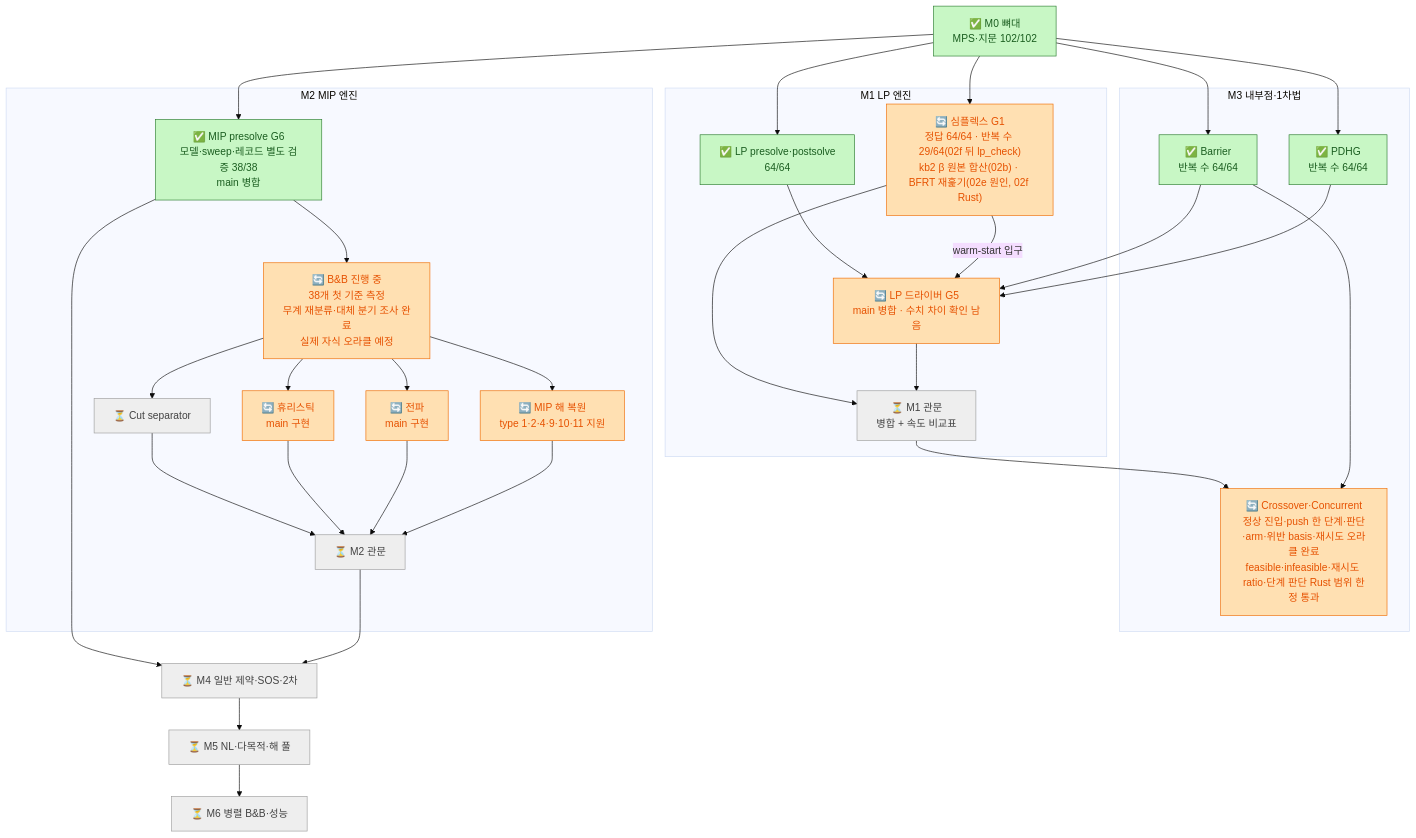
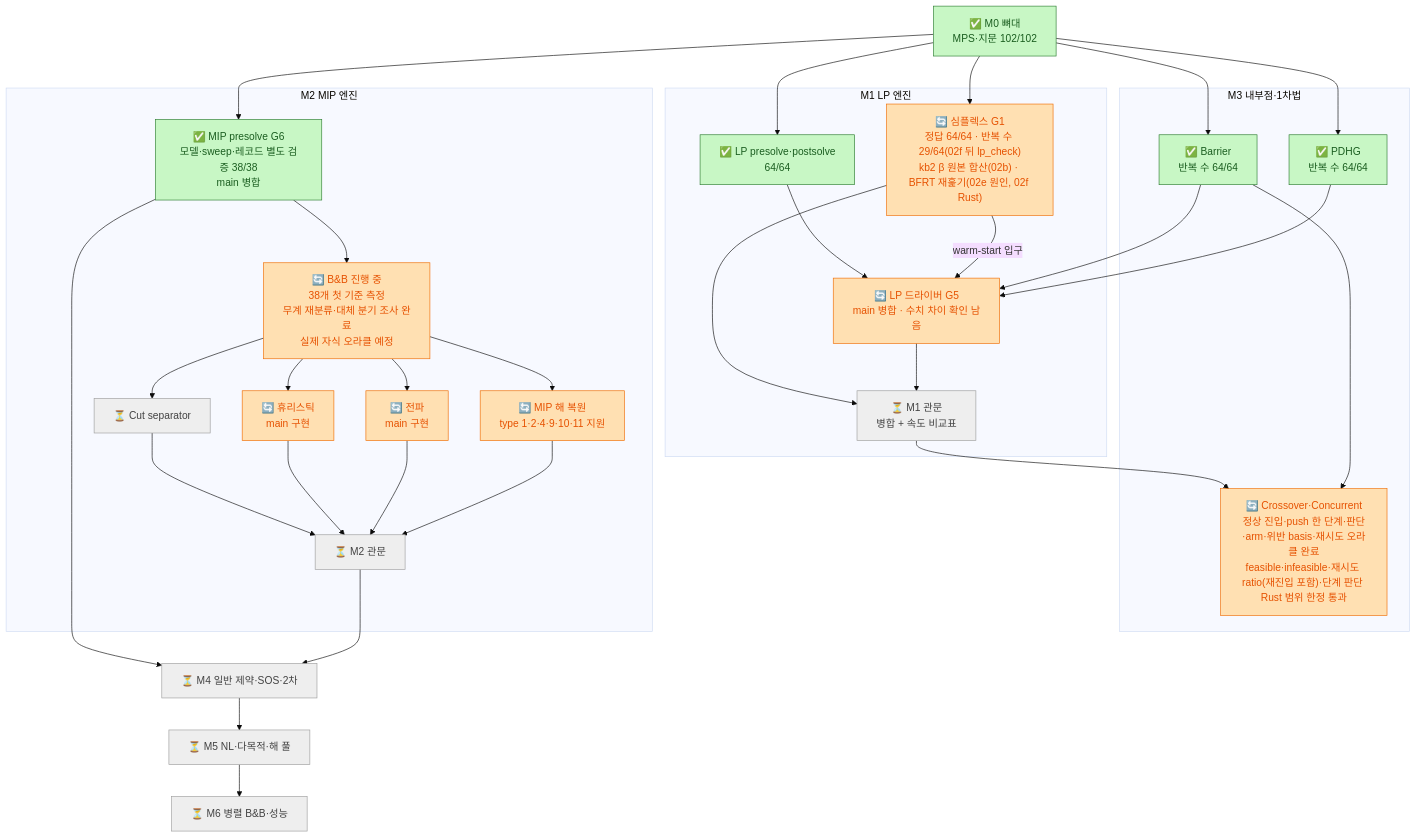
One commit to kjh278231/kerobi changed the diagram in docs/12_roadmap_diagram.md. Above: the diagram before and after it, drawn with Mermaid (base theme). The commit also changed other lines of this file and 7 other files, not shown here.

````diff
--- a/docs/12_roadmap_diagram.md
+++ b/docs/12_roadmap_diagram.md
@@ -151,49 +153,49 @@
 ```mermaid
 flowchart TD
     classDef done fill:#c8f7c5,stroke:#2e7d32,color:#1b5e20
     classDef doing fill:#ffe0b2,stroke:#ef6c00,color:#e65100
     classDef pending fill:#bbdefb,stroke:#1565c0,color:#0d47a1
     classDef todo fill:#eeeeee,stroke:#9e9e9e,color:#424242
 
     M0["✅ M0 뼈대<br/>MPS·지문 102/102"]:::done
 
     subgraph M1["M1 LP 엔진"]
         PRE["✅ LP presolve·postsolve<br/>64/64"]:::done
         SPX["🔄 심플렉스 G1<br/>정답 64/64 · 반복 수 29/64(02f 뒤 lp_check)<br/>kb2 β 원본 합산(02b) · BFRT 재훑기(02e 원인, 02f Rust)"]:::doing
         DRV["🔄 LP 드라이버 G5<br/>main 병합 · 수치 차이 확인 남음"]:::doing
         GATE1["⏳ M1 관문<br/>병합 + 속도 비교표"]:::todo
     end
 
     subgraph M3["M3 내부점·1차법"]
         BAR["✅ Barrier<br/>반복 수 64/64"]:::done
         PDHG["✅ PDHG<br/>반복 수 64/64"]:::done
-        XO["🔄 Crossover·Concurrent<br/>정상 진입·push 한 단계·판단·arm·위반 basis·재시도 오라클 완료<br/>feasible·infeasible·재시도 ratio·단계 판단 Rust 범위 한정 통과"]:::doing
+        XO["🔄 Crossover·Concurrent<br/>정상 진입·push 한 단계·판단·arm·위반 basis·재시도 오라클 완료<br/>feasible·infeasible·재시도 ratio(재진입 포함)·단계 판단 Rust 범위 한정 통과"]:::doing
     end
 
     subgraph M2["M2 MIP 엔진"]
         MPRE["✅ MIP presolve G6<br/>모델·sweep·레코드 별도 검증 38/38<br/>main 병합"]:::done
         BNB["🔄 B&B 진행 중<br/>38개 첫 기준 측정<br/>무계 재분류·대체 분기 조사 완료<br/>실제 자식 오라클 예정"]:::doing
         CUT["⏳ Cut separator"]:::todo
         HEU["🔄 휴리스틱<br/>main 구현"]:::doing
         PROP["🔄 전파<br/>main 구현"]:::doing
         POST["🔄 MIP 해 복원<br/>type 1·2·4·9·10·11 지원"]:::doing
         GATE2["⏳ M2 관문"]:::todo
     end
 
     M4["⏳ M4 일반 제약·SOS·2차"]:::todo
     M5["⏳ M5 NL·다목적·해 풀"]:::todo
     M6["⏳ M6 병렬 B&B·성능"]:::todo
 
     M0 --> PRE & SPX & BAR & PDHG & MPRE
     PRE --> DRV
     BAR & PDHG --> DRV
     SPX -- "warm-start 입구" --> DRV
     SPX & DRV --> GATE1
     GATE1 --> XO
     BAR --> XO
     MPRE --> BNB
     BNB --> CUT & HEU & PROP & POST
     CUT & HEU & PROP & POST --> GATE2
     MPRE --> M4
     GATE2 --> M4 --> M5 --> M6
 ```
````
